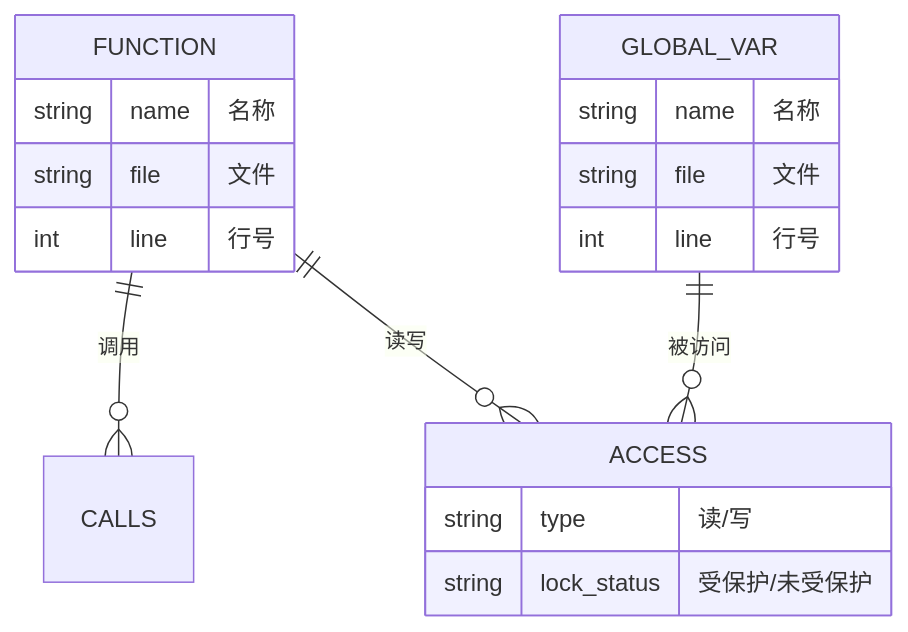
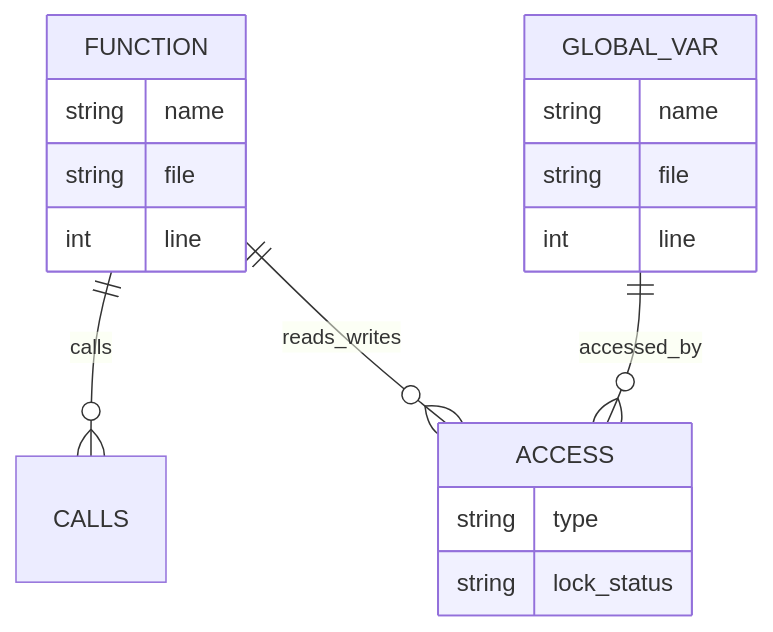
Before and after one commit to lehengzhangJacob/Linux_kernel_safety_tool: the third of 7 diagrams in README.md, drawn with Mermaid. The commit also changed other lines of this file and 1 other file, not shown here.

````diff
--- a/README.md
+++ b/README.md
@@ -105,23 +103,23 @@
 ```mermaid
 erDiagram
-    FUNCTION ||--o{ CALLS : 调用
-    FUNCTION ||--o{ ACCESS : 读写
-    GLOBAL_VAR ||--o{ ACCESS : 被访问
+    FUNCTION ||--o{ CALLS : calls
+    FUNCTION ||--o{ ACCESS : reads_writes
+    GLOBAL_VAR ||--o{ ACCESS : accessed_by
 
     FUNCTION {
-        string name "名称"
-        string file "文件"
-        int line "行号"
+        string name
+        string file
+        int line
     }
 
     GLOBAL_VAR {
-        string name "名称"
-        string file "文件"
-        int line "行号"
+        string name
+        string file
+        int line
     }
 
     ACCESS {
-        string type "读/写"
-        string lock_status "受保护/未受保护"
+        string type
+        string lock_status
     }
 ```
````
